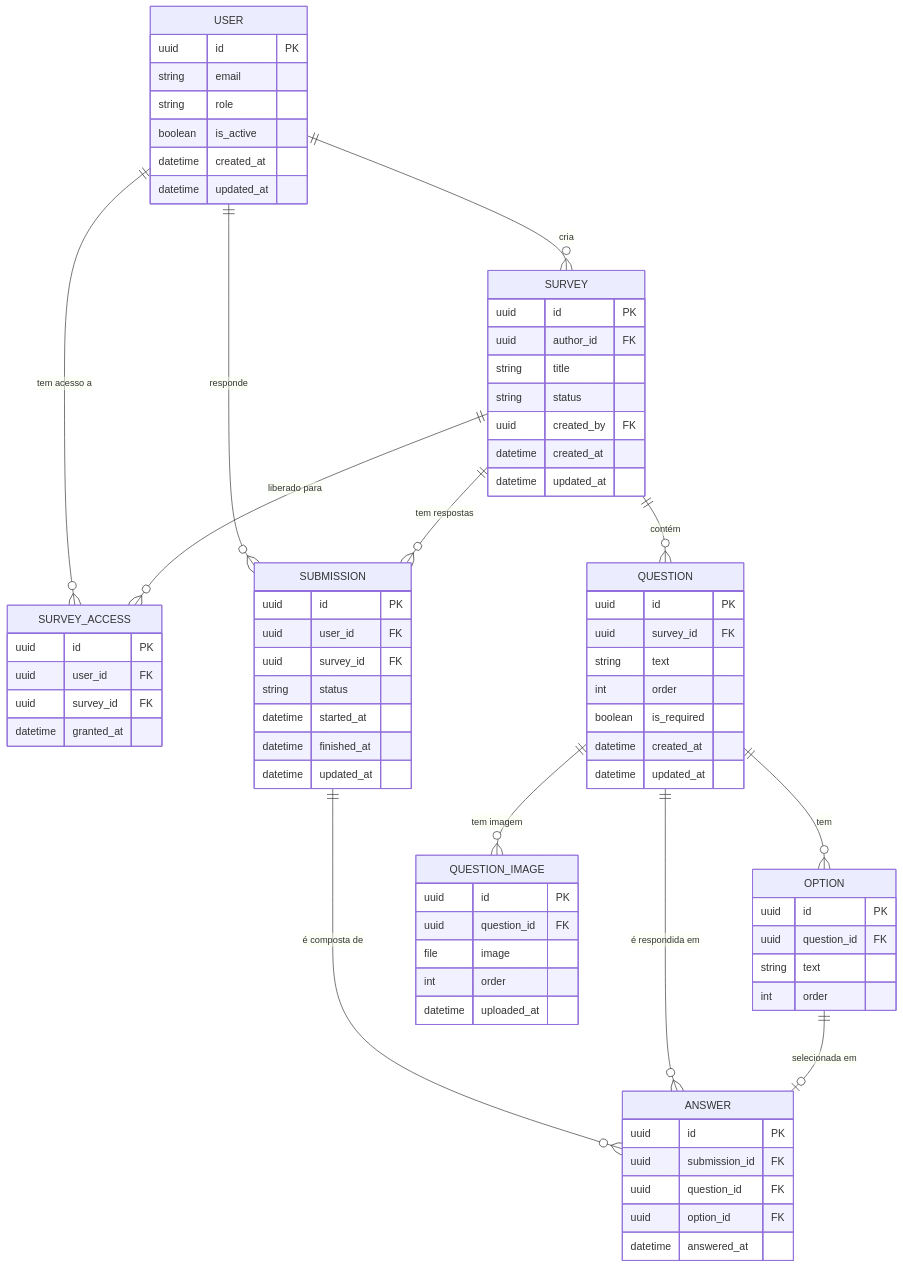
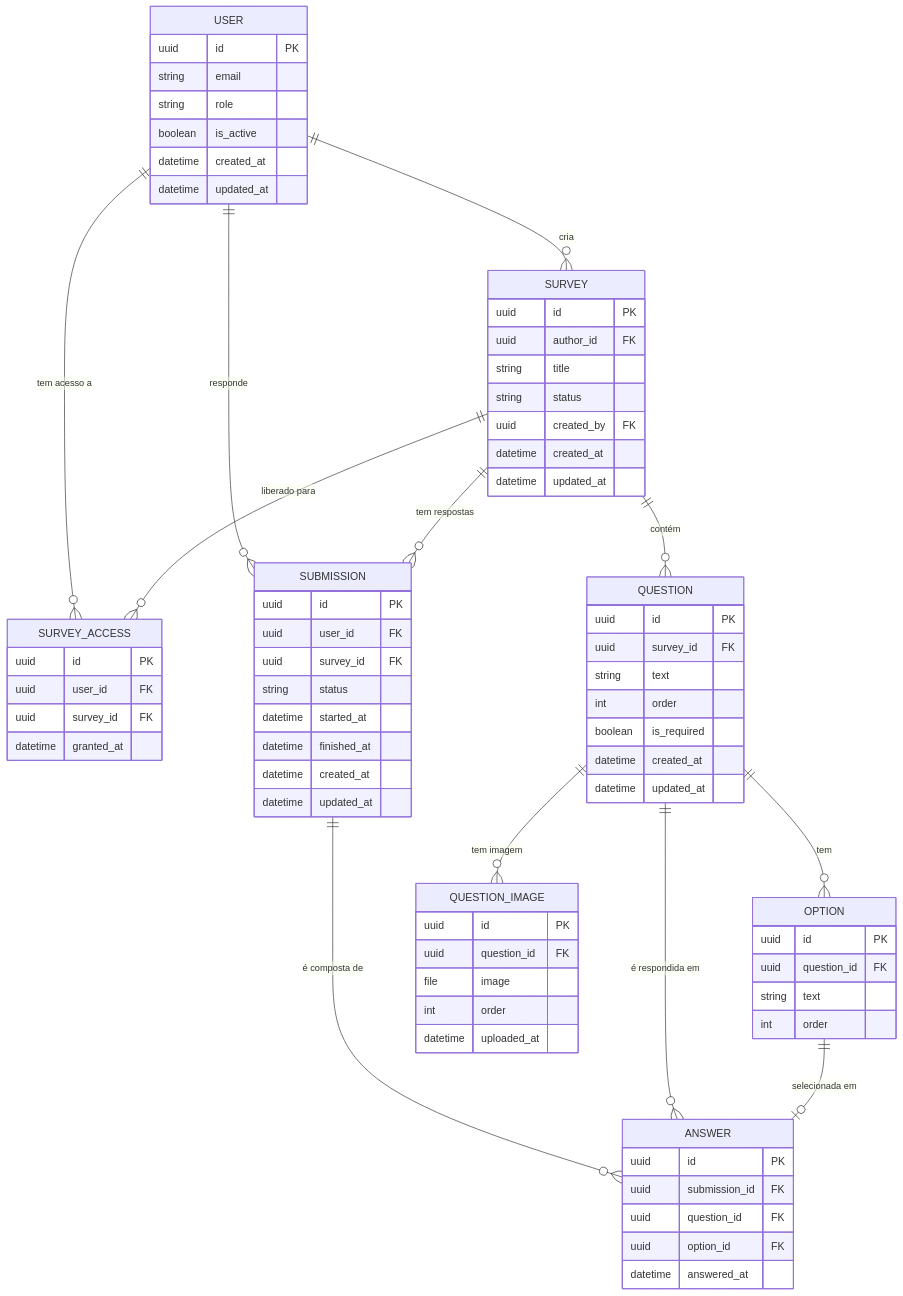
Before and after one commit to pdr-guilherme/api-questionarios: the diagram in uml.md, drawn with Mermaid. The commit also changed 8 other files, not shown here.

```diff
--- a/uml.md
+++ b/uml.md
@@ -70,6 +70,7 @@
         string status
         datetime started_at
         datetime finished_at
+        datetime created_at
         datetime updated_at
     }
 
```
